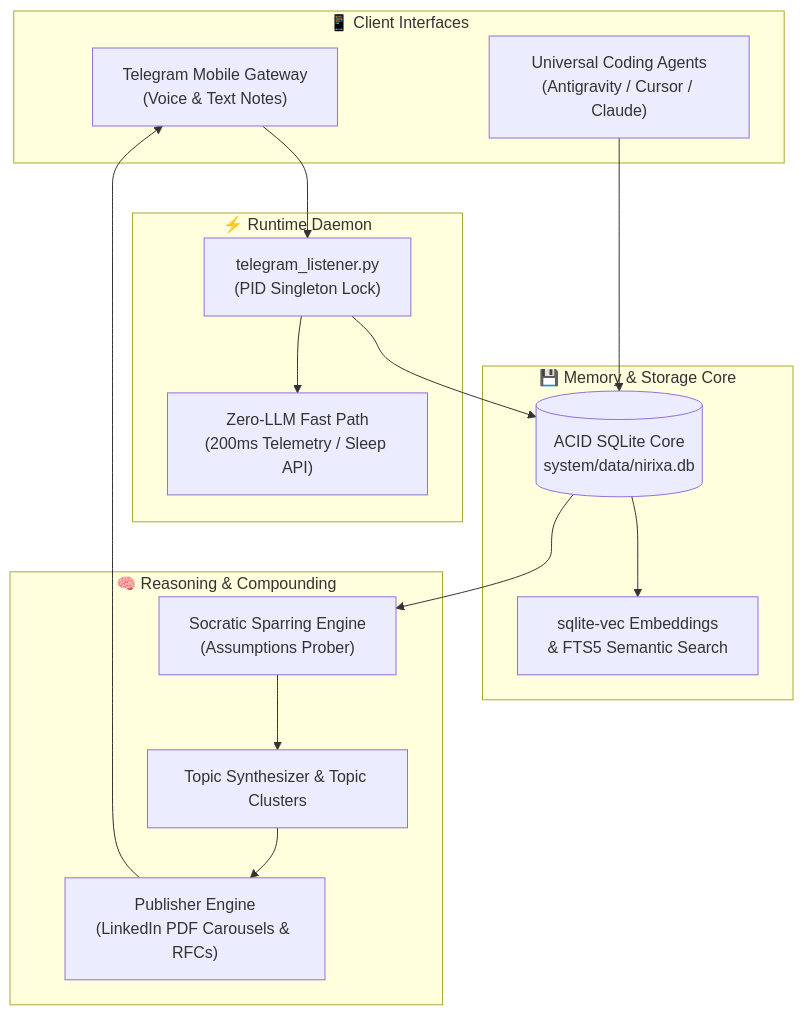
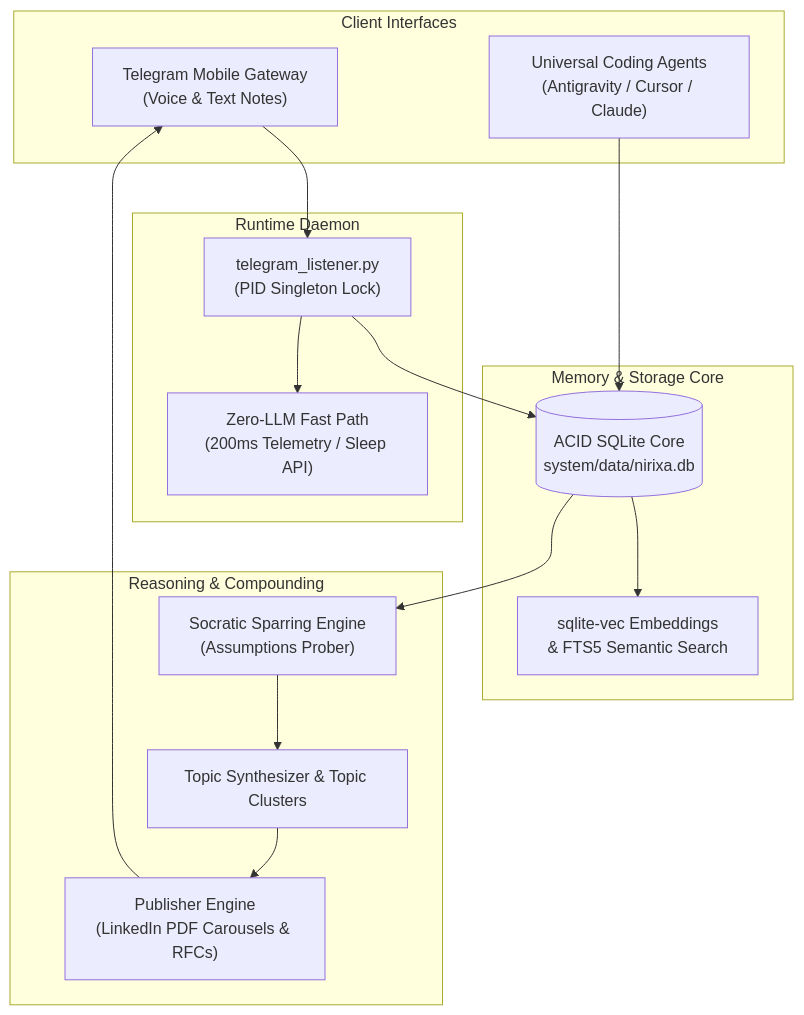
The diagram in docs/reference/ARCHITECTURE.md (Monish-Nallagondalla/Nirixa), drawn with Mermaid before and after one commit. The commit also changed other lines of this file and 40 other files, not shown here.

````diff
--- a/docs/reference/ARCHITECTURE.md
+++ b/docs/reference/ARCHITECTURE.md
@@ -11,33 +11,33 @@
 ```mermaid
 graph TD
-    subgraph Client_Interfaces ["📱 Client Interfaces"]
-        T["Telegram Mobile Gateway<br/>(Voice & Text Notes)"]
-        IDE["Universal Coding Agents<br/>(Antigravity / Cursor / Claude)"]
-    end
+subgraph Client_Interfaces [" Client Interfaces"]
+T["Telegram Mobile Gateway<br/>(Voice & Text Notes)"]
+IDE["Universal Coding Agents<br/>(Antigravity / Cursor / Claude)"]
+end
 
-    subgraph Runtime_Daemon ["⚡ Runtime Daemon"]
-        P["telegram_listener.py<br/>(PID Singleton Lock)"]
-        Fast["Zero-LLM Fast Path<br/>(200ms Telemetry / Sleep API)"]
-    end
+subgraph Runtime_Daemon [" Runtime Daemon"]
+P["telegram_listener.py<br/>(PID Singleton Lock)"]
+Fast["Zero-LLM Fast Path<br/>(200ms Telemetry / Sleep API)"]
+end
 
-    subgraph Memory_Layer ["💾 Memory & Storage Core"]
-        DB[("ACID SQLite Core<br/>system/data/nirixa.db")]
-        Vec["sqlite-vec Embeddings<br/>& FTS5 Semantic Search"]
-    end
+subgraph Memory_Layer [" Memory & Storage Core"]
+DB[("ACID SQLite Core<br/>system/data/nirixa.db")]
+Vec["sqlite-vec Embeddings<br/>& FTS5 Semantic Search"]
+end
 
-    subgraph Engine_Layer ["🧠 Reasoning & Compounding"]
-        Spar["Socratic Sparring Engine<br/>(Assumptions Prober)"]
-        Synth["Topic Synthesizer & Topic Clusters"]
-        Pub["Publisher Engine<br/>(LinkedIn PDF Carousels & RFCs)"]
-    end
+subgraph Engine_Layer [" Reasoning & Compounding"]
+Spar["Socratic Sparring Engine<br/>(Assumptions Prober)"]
+Synth["Topic Synthesizer & Topic Clusters"]
+Pub["Publisher Engine<br/>(LinkedIn PDF Carousels & RFCs)"]
+end
 
-    T --> P
-    P --> Fast
-    P --> DB
-    IDE --> DB
-    DB --> Vec
-    DB --> Spar
-    Spar --> Synth
-    Synth --> Pub
-    Pub --> T
+T --> P
+P --> Fast
+P --> DB
+IDE --> DB
+DB --> Vec
+DB --> Spar
+Spar --> Synth
+Synth --> Pub
+Pub --> T
 ```
````
